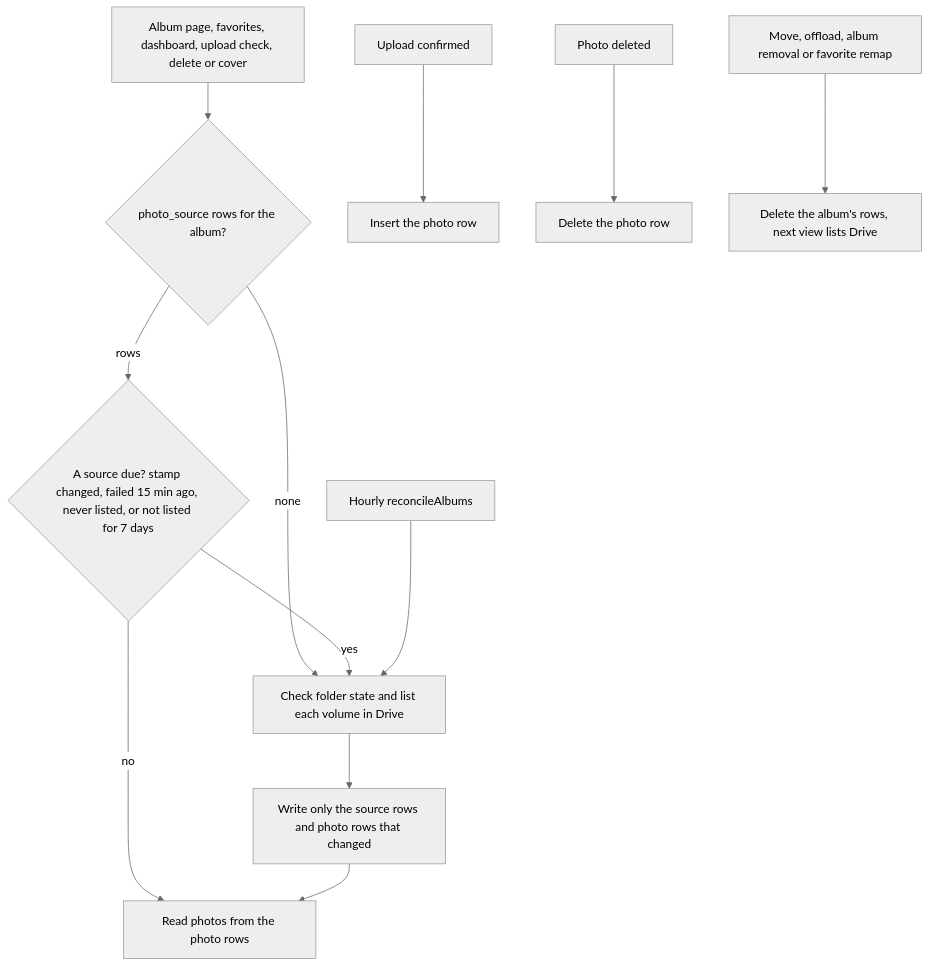
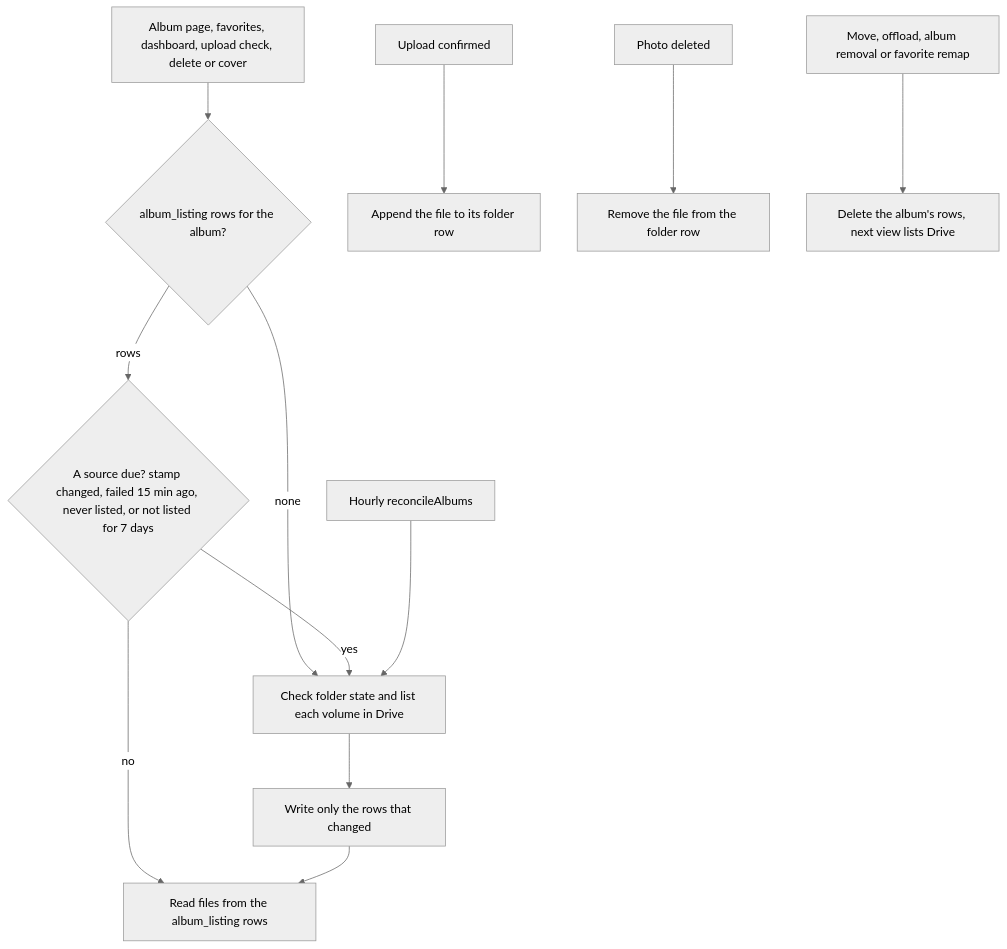
One commit to sagyzdop/meriksirat changed the diagram in docs/scenarios/state/album-listing.md. Above: the diagram before and after it, drawn with Mermaid (neutral theme). The commit also changed other lines of this file and 13 other files, not shown here.

Commit message:
docs: document album_listing and move kv scenarios to state

````diff
--- a/docs/scenarios/state/album-listing.md
+++ b/docs/scenarios/state/album-listing.md
@@ -7,14 +7,14 @@
 ```mermaid
 flowchart TD
-    A[Album page, favorites, dashboard, upload check, delete or cover] --> B{photo_source rows for the album?}
+    A[Album page, favorites, dashboard, upload check, delete or cover] --> B{album_listing rows for the album?}
     B -- none --> D[Check folder state and list each volume in Drive]
     B -- rows --> C{A source due? stamp changed, failed 15 min ago, never listed, or not listed for 7 days}
-    C -- no --> R[Read photos from the photo rows]
+    C -- no --> R[Read files from the album_listing rows]
     C -- yes --> D
-    D --> E[Write only the source rows and photo rows that changed]
+    D --> E[Write only the rows that changed]
     E --> R
-    U[Upload confirmed] --> U2[Insert the photo row]
-    X[Photo deleted] --> X2[Delete the photo row]
+    U[Upload confirmed] --> U2[Append the file to its folder row]
+    X[Photo deleted] --> X2[Remove the file from the folder row]
     M[Move, offload, album removal or favorite remap] --> M2[Delete the album's rows, next view lists Drive]
     H[Hourly reconcileAlbums] --> D
 ```
````
